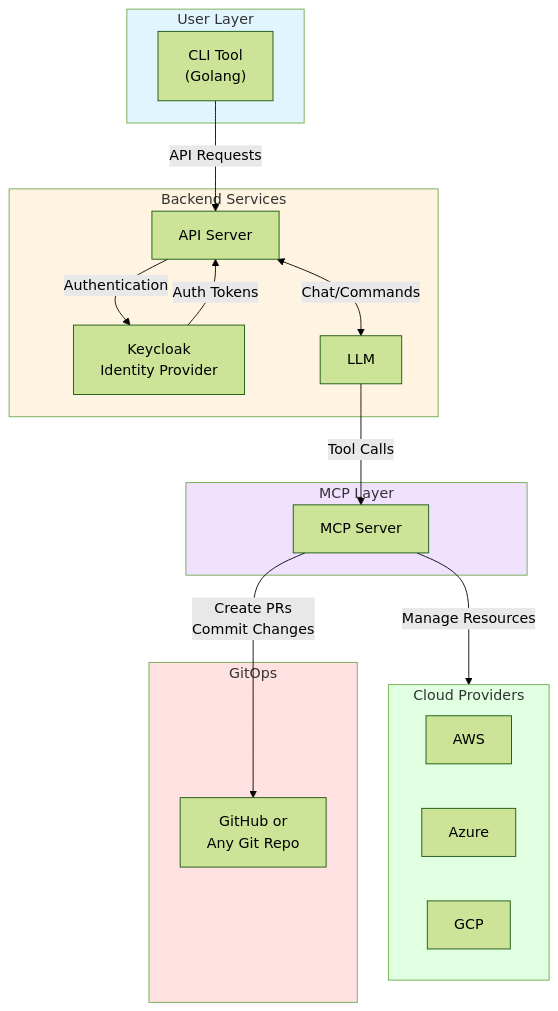
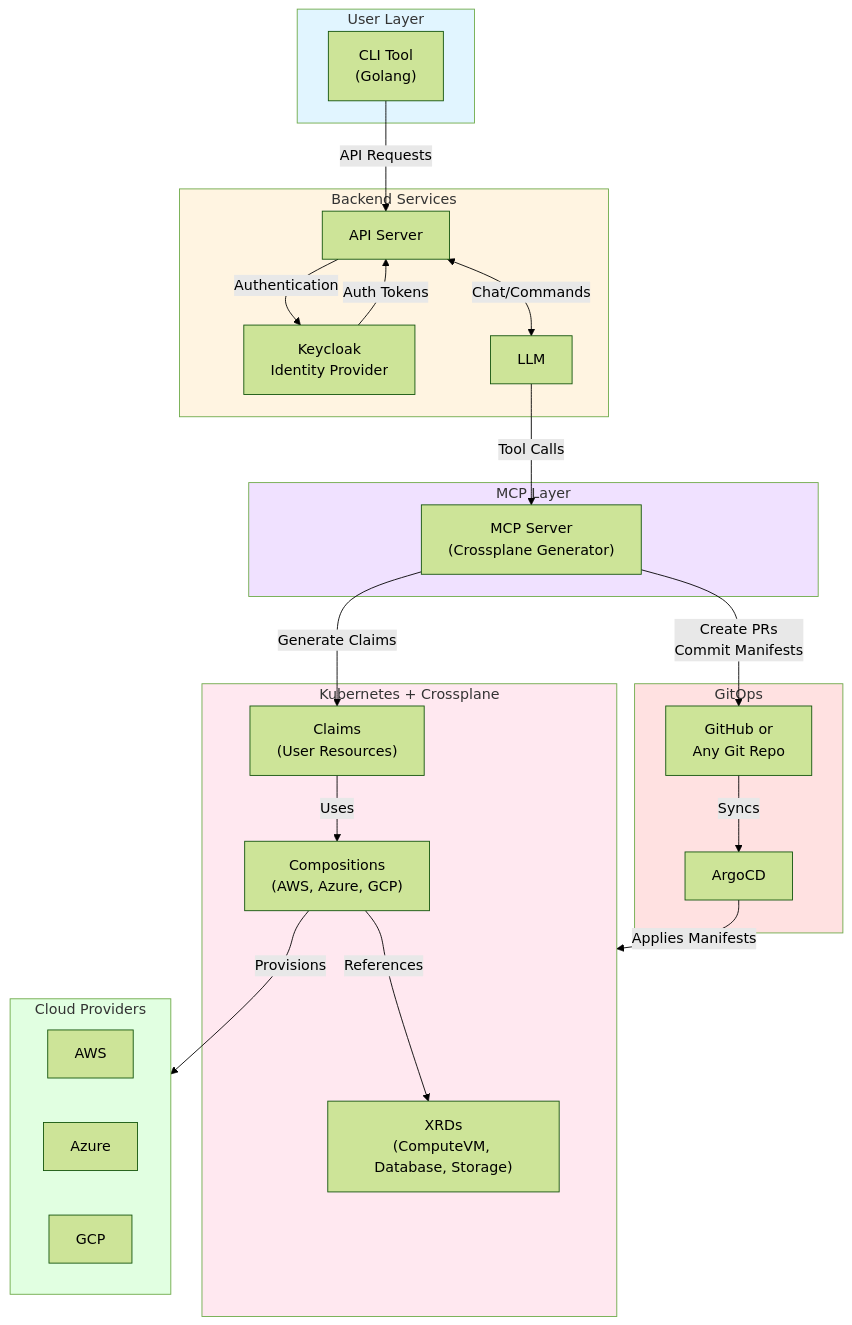
Before and after one commit to darshan-raul/accio: the diagram in README.md, drawn with Mermaid (forest theme). The commit also changed other lines of this file and 2 other files, not shown here.

Commit message:
adds argocd boilerplate to the flow

````diff
--- a/README.md
+++ b/README.md
@@ -12,41 +13,54 @@
 ```mermaid
 graph TB
     subgraph User["User Layer"]
         CLI["CLI Tool<br/>(Golang)"]
     end
 
     subgraph Backend["Backend Services"]
         API["API Server"]
         KC["Keycloak<br/>Identity Provider"]
         LLM["LLM"]
     end
 
     subgraph MCP["MCP Layer"]
-        MCPS["MCP Server"]
+        MCPS["MCP Server<br/>(Crossplane Generator)"]
+    end
+
+    subgraph K8s["Kubernetes + Crossplane"]
+        XRD["XRDs<br/>(ComputeVM, Database, Storage)"]
+        COMP["Compositions<br/>(AWS, Azure, GCP)"]
+        CLAIM["Claims<br/>(User Resources)"]
     end
 
     subgraph CloudProviders["Cloud Providers"]
         AWS["AWS"]
         Azure["Azure"]
         GCP["GCP"]
     end
 
     subgraph GitOps["GitOps"]
         GIT["GitHub or<br/>Any Git Repo"]
+        ARGO["ArgoCD"]
     end
 
     CLI -->|"API Requests"| API
     API -->|"Authentication"| KC
     KC -->|"Auth Tokens"| API
     API <-->|"Chat/Commands"| LLM
     LLM -->|"Tool Calls"| MCPS
-    MCPS -->|"Manage Resources"| CloudProviders
-    MCPS -->|"Create PRs<br/>Commit Changes"| GIT
+    MCPS -->|"Generate Claims"| CLAIM
+    MCPS -->|"Create PRs<br/>Commit Manifests"| GIT
+    GIT -->|"Syncs"| ARGO
+    ARGO -->|"Applies Manifests"| K8s
+    CLAIM -->|"Uses"| COMP
+    COMP -->|"References"| XRD
+    COMP -->|"Provisions"| CloudProviders
     
     style User fill:#e1f5ff
     style Backend fill:#fff4e1
     style MCP fill:#f0e1ff
+    style K8s fill:#ffe8f0
     style CloudProviders fill:#e1ffe1
     style GitOps fill:#ffe1e1
 
 ```
````
